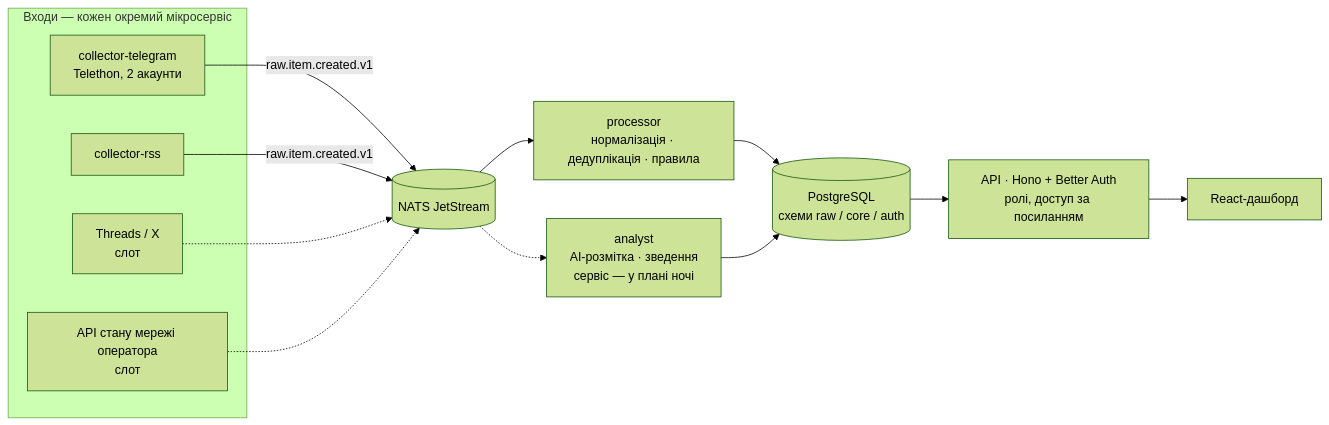
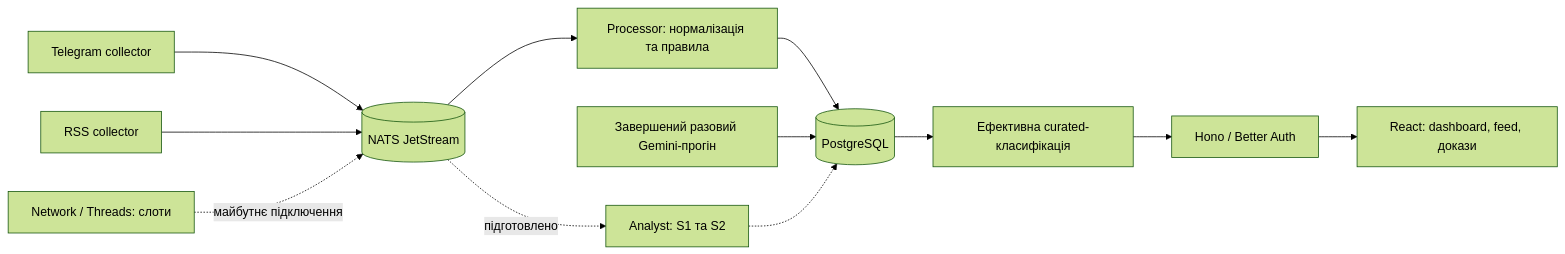
Before and after one commit to oopiesii/hackathon_vodafone: the diagram in docs/TEAM_BRIEF.md, drawn with Mermaid (forest theme). The commit also changed other lines of this file and 1 other file, not shown here.

Commit message:
docs: distinguish deployed curated analysis from the prepared night release

````diff
--- a/docs/TEAM_BRIEF.md
+++ b/docs/TEAM_BRIEF.md
@@ -30,17 +65,14 @@
 ```mermaid
 flowchart LR
-  subgraph Входи["Входи — кожен окремий мікросервіс"]
-    TG[collector-telegram<br/>Telethon, 2 акаунти]
-    RSS[collector-rss]
-    TH[Threads / X<br/>слот]
-    NET[API стану мережі оператора<br/>слот]
-  end
-  TG & RSS -->|raw.item.created.v1| BUS[(NATS JetStream)]
-  TH -.-> BUS
-  NET -.-> BUS
-  BUS --> PROC[processor<br/>нормалізація · дедуплікація · правила]
-  BUS -.-> AI[analyst<br/>AI-розмітка · зведення<br/>сервіс — у плані ночі]
-  PROC & AI --> DB[(PostgreSQL<br/>схеми raw / core / auth)]
-  DB --> API[API · Hono + Better Auth<br/>ролі, доступ за посиланням]
-  API --> WEB[React-дашборд]
+  TG[Telegram collector] --> BUS[(NATS JetStream)]
+  RSS[RSS collector] --> BUS
+  BUS --> PROC[Processor: нормалізація та правила]
+  PROC --> DB[(PostgreSQL)]
+  ONCE[Завершений разовий Gemini-прогін] --> DB
+  BUS -. підготовлено .-> AI[Analyst: S1 та S2]
+  AI -.-> DB
+  DB --> CURATED[Ефективна curated-класифікація]
+  CURATED --> API[Hono / Better Auth]
+  API --> UI[React: dashboard, feed, докази]
+  NET[Network / Threads: слоти] -. майбутнє підключення .-> BUS
 ```
````
